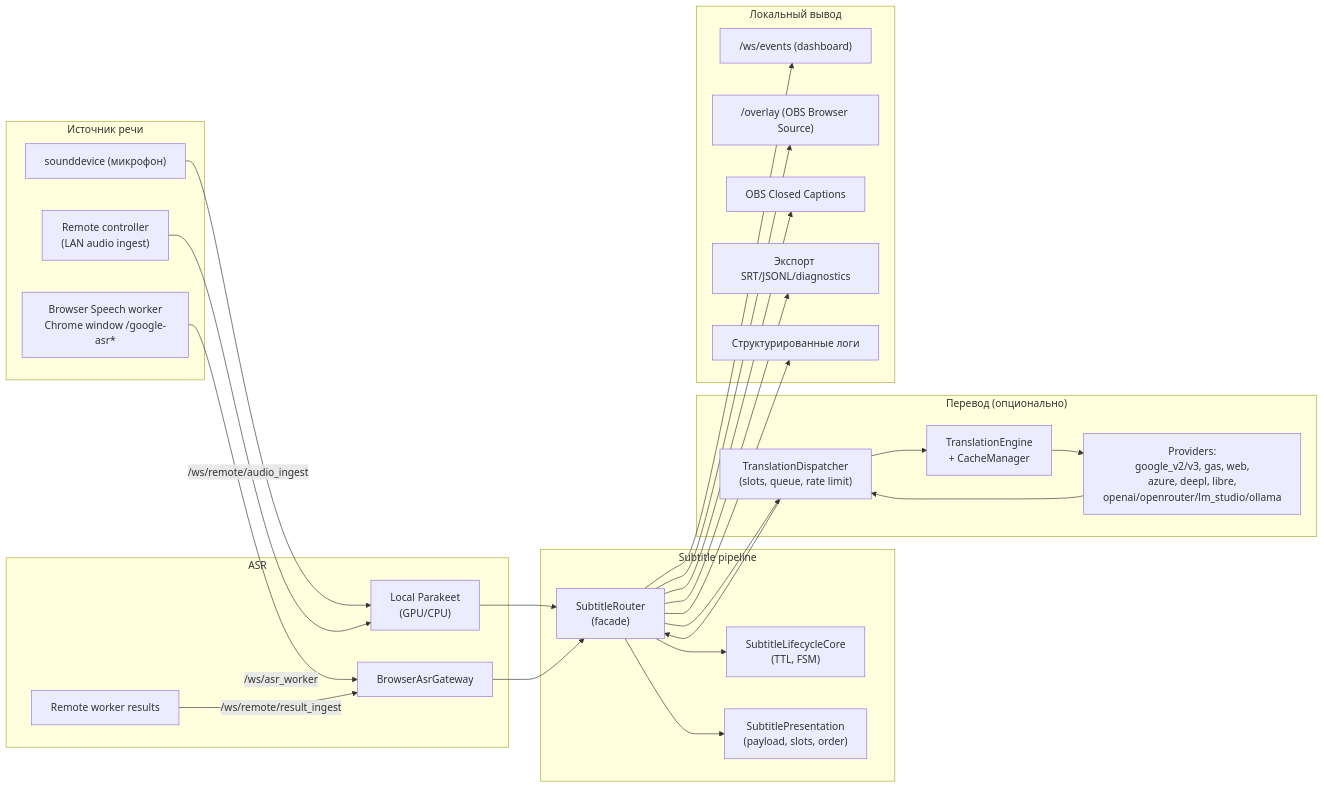
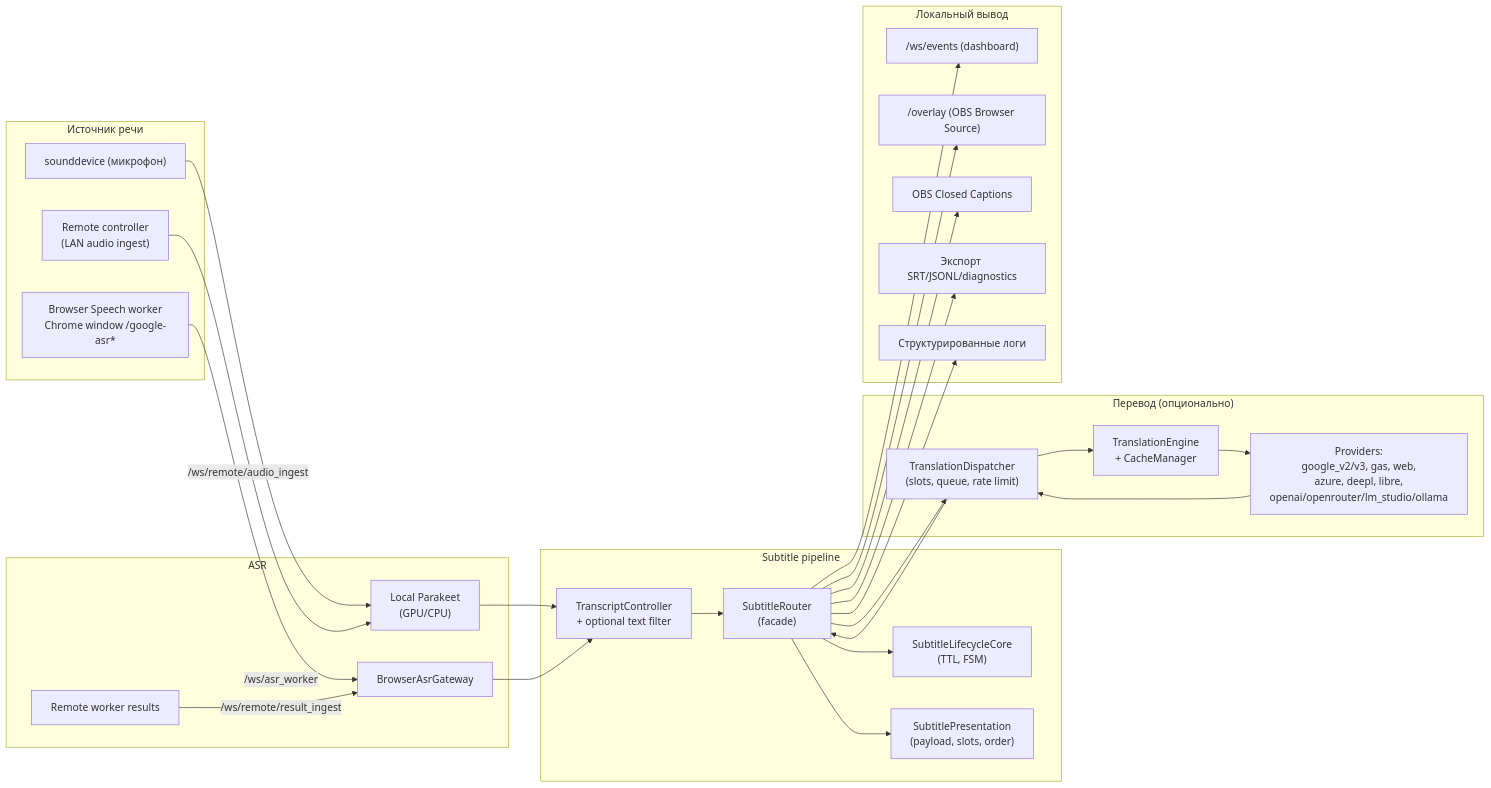
One commit to kiriuru/stream_sub_translator changed the first of 2 diagrams in docs/TECHNICAL_ARCHITECTURE.md. Above: the diagram before and after it, drawn with Mermaid. The commit also changed other lines of this file and 31 other files, not shown here.

````diff
--- a/docs/TECHNICAL_ARCHITECTURE.md
+++ b/docs/TECHNICAL_ARCHITECTURE.md
@@ -44,56 +44,58 @@
 ```mermaid
 flowchart LR
   subgraph Capture["Источник речи"]
     M["sounddevice (микрофон)"]
     BW["Browser Speech worker<br/>Chrome window /google-asr*"]
     RC["Remote controller<br/>(LAN audio ingest)"]
   end
 
   subgraph ASR["ASR"]
     PA["Local Parakeet<br/>(GPU/CPU)"]
     BG["BrowserAsrGateway"]
     RW["Remote worker results"]
   end
 
   subgraph Routing["Subtitle pipeline"]
+    TR["TranscriptController<br/>+ optional text filter"]
     SLC["SubtitleLifecycleCore<br/>(TTL, FSM)"]
     SP["SubtitlePresentation<br/>(payload, slots, order)"]
     SR["SubtitleRouter<br/>(facade)"]
   end
 
   subgraph Translation["Перевод (опционально)"]
     TD["TranslationDispatcher<br/>(slots, queue, rate limit)"]
     TE["TranslationEngine<br/>+ CacheManager"]
     TP["Providers:<br/>google_v2/v3, gas, web,<br/>azure, deepl, libre,<br/>openai/openrouter/lm_studio/ollama"]
   end
 
   subgraph Output["Локальный вывод"]
     WS["/ws/events (dashboard)"]
     OV["/overlay (OBS Browser Source)"]
     OBS["OBS Closed Captions"]
     EX["Экспорт SRT/JSONL/diagnostics"]
     LG["Структурированные логи"]
   end
 
   M --> PA
   BW -->|/ws/asr_worker| BG
   RC -->|/ws/remote/audio_ingest| PA
   RW -->|/ws/remote/result_ingest| BG
 
-  PA --> SR
-  BG --> SR
+  PA --> TR
+  BG --> TR
+  TR --> SR
 
   SR --> SLC
   SR --> SP
   SR --> TD
   TD --> TE
   TE --> TP
   TP --> TD
   TD --> SR
 
   SR --> WS
   SR --> OV
   SR --> OBS
   SR --> EX
   SR --> LG
 ```
````
